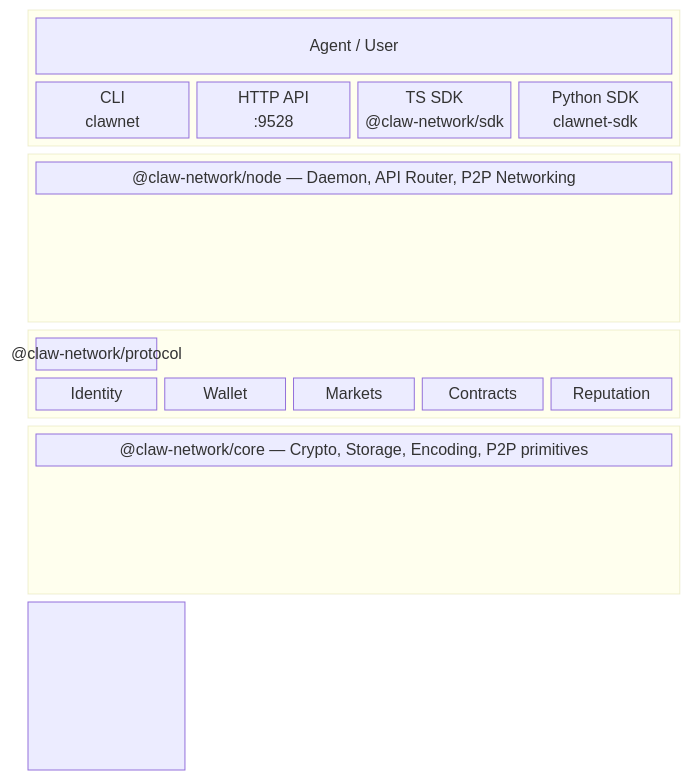
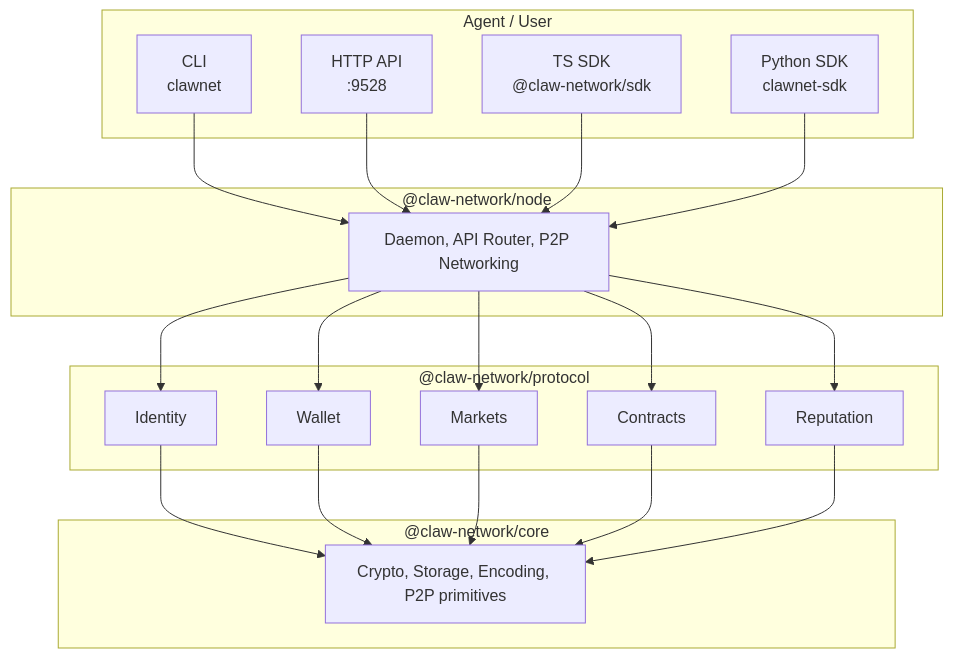
The diagram in README.md (claw-network/clawnet), drawn with Mermaid before and after one commit.

Commit message:
fix: use flowchart for architecture diagram

````diff
--- a/README.md
+++ b/README.md
@@ -72,26 +72,32 @@
 ```mermaid
-block-beta
-  columns 4
-
-  block:client:4
-    columns 4
-    A["Agent / User"]:4
-    CLI["CLI\nclawnet"] API["HTTP API\n:9528"] TS["TS SDK\n@claw-network/sdk"] PY["Python SDK\nclawnet-sdk"]
+graph TD
+  subgraph Client ["Agent / User"]
+    CLI["CLI<br/>clawnet"]
+    API["HTTP API<br/>:9528"]
+    TS["TS SDK<br/>@claw-network/sdk"]
+    PY["Python SDK<br/>clawnet-sdk"]
   end
 
-  block:node:4
-    N["@claw-network/node — Daemon, API Router, P2P Networking"]:4
+  subgraph Node ["@claw-network/node"]
+    ND["Daemon, API Router, P2P Networking"]
   end
 
-  block:protocol:4
-    columns 5
-    P["@claw-network/protocol"]:5
-    Identity Wallet Markets Contracts Reputation
+  subgraph Protocol ["@claw-network/protocol"]
+    Identity
+    Wallet
+    Markets
+    Contracts
+    Reputation
   end
 
-  block:core:4
-    C["@claw-network/core — Crypto, Storage, Encoding, P2P primitives"]:4
+  subgraph Core ["@claw-network/core"]
+    CR["Crypto, Storage, Encoding, P2P primitives"]
   end
 
-  client --> node --> protocol --> core
+  CLI --> ND
+  API --> ND
+  TS --> ND
+  PY --> ND
+  ND --> Identity & Wallet & Markets & Contracts & Reputation
+  Identity & Wallet & Markets & Contracts & Reputation --> CR
 ```
````
